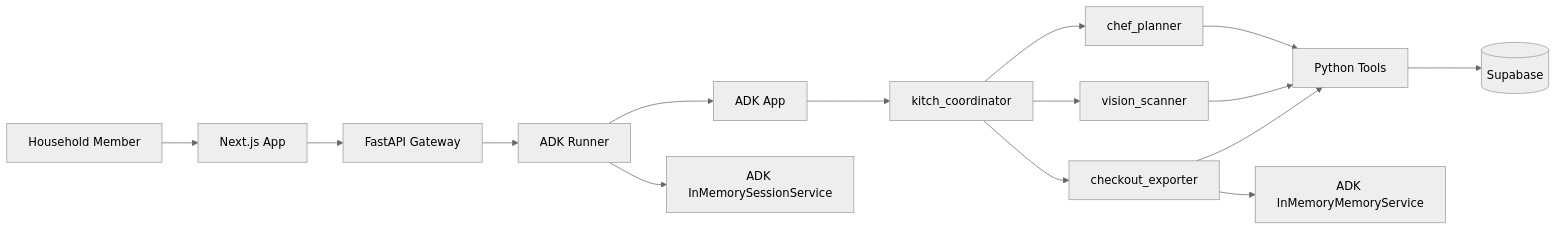
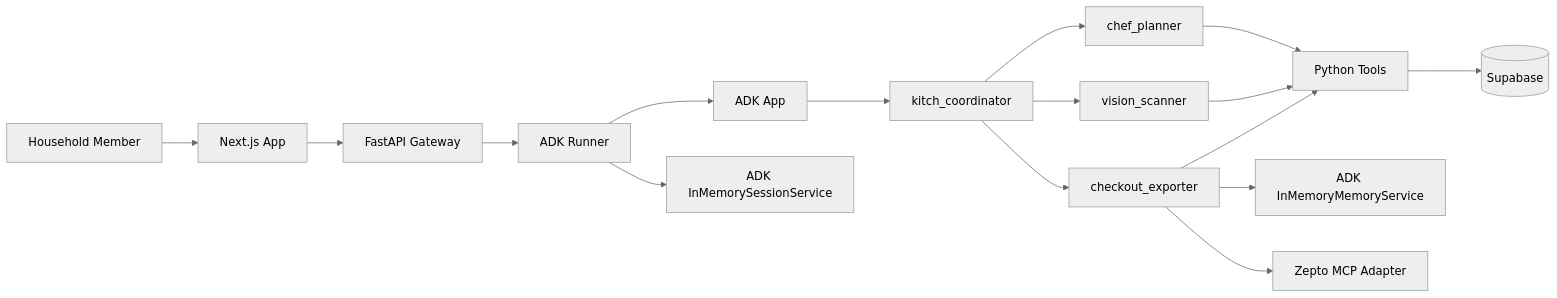
One commit to architworks/meal_and_grocery_agent changed the diagram in docs/current_ai_architecture.md. Above: the diagram before and after it, drawn with Mermaid (neutral theme). The commit also changed other lines of this file and 16 other files, not shown here.

First line of the commit message:
Implement native grocery cart and Zepto MCP sync flow

````diff
--- a/docs/current_ai_architecture.md
+++ b/docs/current_ai_architecture.md
@@ -11,17 +9,18 @@
 ```mermaid
 flowchart LR
     User[Household Member] --> Frontend[Next.js App]
     Frontend --> API[FastAPI Gateway]
     API --> Runner[ADK Runner]
     Runner --> App[ADK App]
     App --> Coordinator[kitch_coordinator]
     Coordinator --> Chef[chef_planner]
     Coordinator --> Vision[vision_scanner]
     Coordinator --> Checkout[checkout_exporter]
     Chef --> Tools[Python Tools]
     Vision --> Tools
     Checkout --> Tools
     Tools --> Supabase[(Supabase)]
     Checkout --> Memory[ADK InMemoryMemoryService]
     Runner --> Sessions[ADK InMemorySessionService]
+    Checkout --> Zepto[Zepto MCP Adapter]
 ```
````
